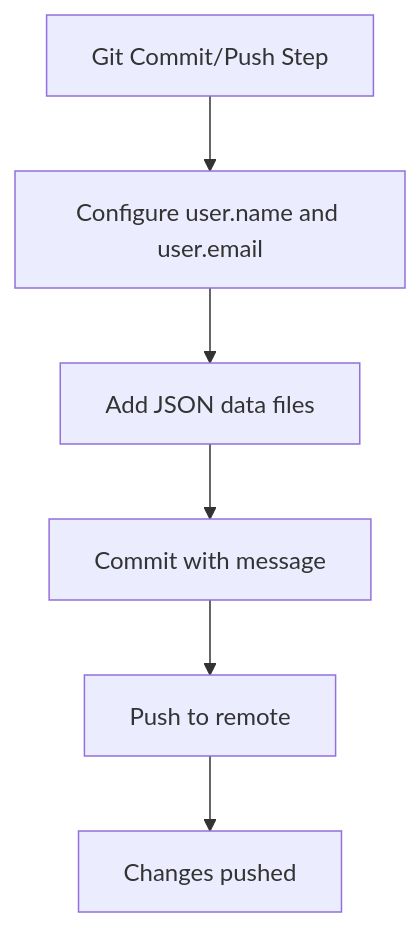
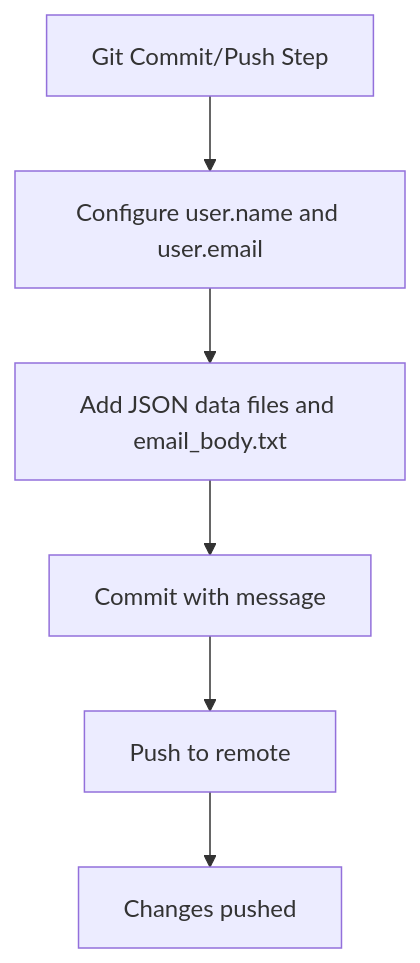
Before and after one commit to junxie01/cryoseismology_papers: the ninth of 10 diagrams in .qoder/repowiki/en/content/Configuration Guide/GitHub Actions Workflow.md, drawn with Mermaid. The commit also changed other lines of this file and 4 other files, not shown here.

````diff
--- a/.qoder/repowiki/en/content/Configuration Guide/GitHub Actions Workflow.md
+++ b/.qoder/repowiki/en/content/Configuration Guide/GitHub Actions Workflow.md
@@ -217,8 +277,8 @@
 ```mermaid
 flowchart TD
 GitStart["Git Commit/Push Step"] --> ConfigUser["Configure user.name and user.email"]
-ConfigUser --> AddFiles["Add JSON data files"]
+ConfigUser --> AddFiles["Add JSON data files and email_body.txt"]
 AddFiles --> Commit["Commit with message"]
 Commit --> Push["Push to remote"]
 Push --> End["Changes pushed"]
 ```
````
